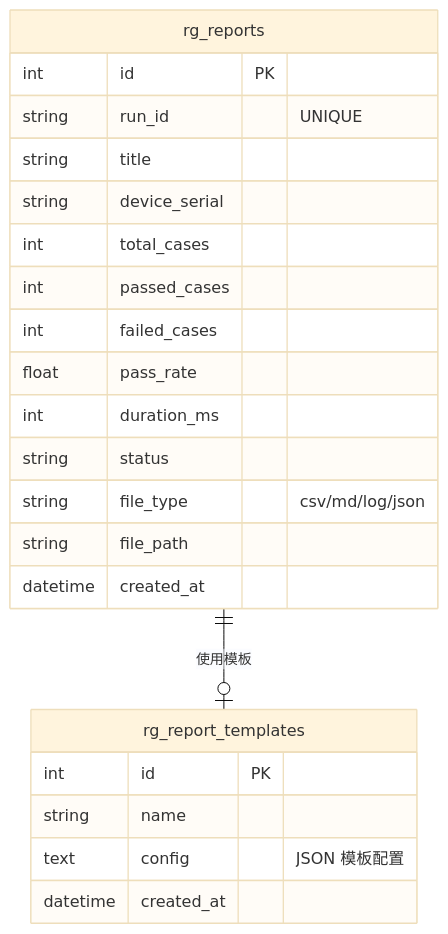
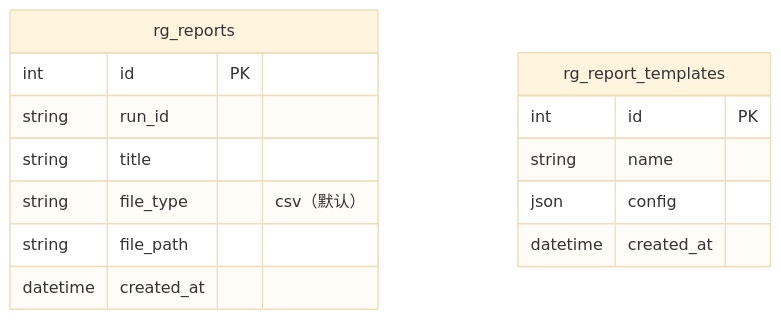
Before and after one commit to Kahoku-lazy/Android-AutoTests: the fifth of 5 diagrams in dev_docs/03-设计与架构/ARCH-07-测试报告.md, drawn with Mermaid (base theme). The commit also changed other lines of this file and 53 other files, not shown here.

````diff
--- a/dev_docs/03-设计与架构/ARCH-07-测试报告.md
+++ b/dev_docs/03-设计与架构/ARCH-07-测试报告.md
@@ -217,27 +284,17 @@
 ```mermaid
 erDiagram
-    rg_reports ||--o| rg_report_templates : "使用模板"
-
     rg_reports {
         int id PK
-        string run_id "UNIQUE"
+        string run_id
         string title
-        string device_serial
-        int total_cases
-        int passed_cases
-        int failed_cases
-        float pass_rate
-        int duration_ms
-        string status
-        string file_type "csv/md/log/json"
+        string file_type "csv（默认）"
         string file_path
         datetime created_at
     }
-
     rg_report_templates {
         int id PK
         string name
-        text config "JSON 模板配置"
+        json config
         datetime created_at
     }
 ```
````
